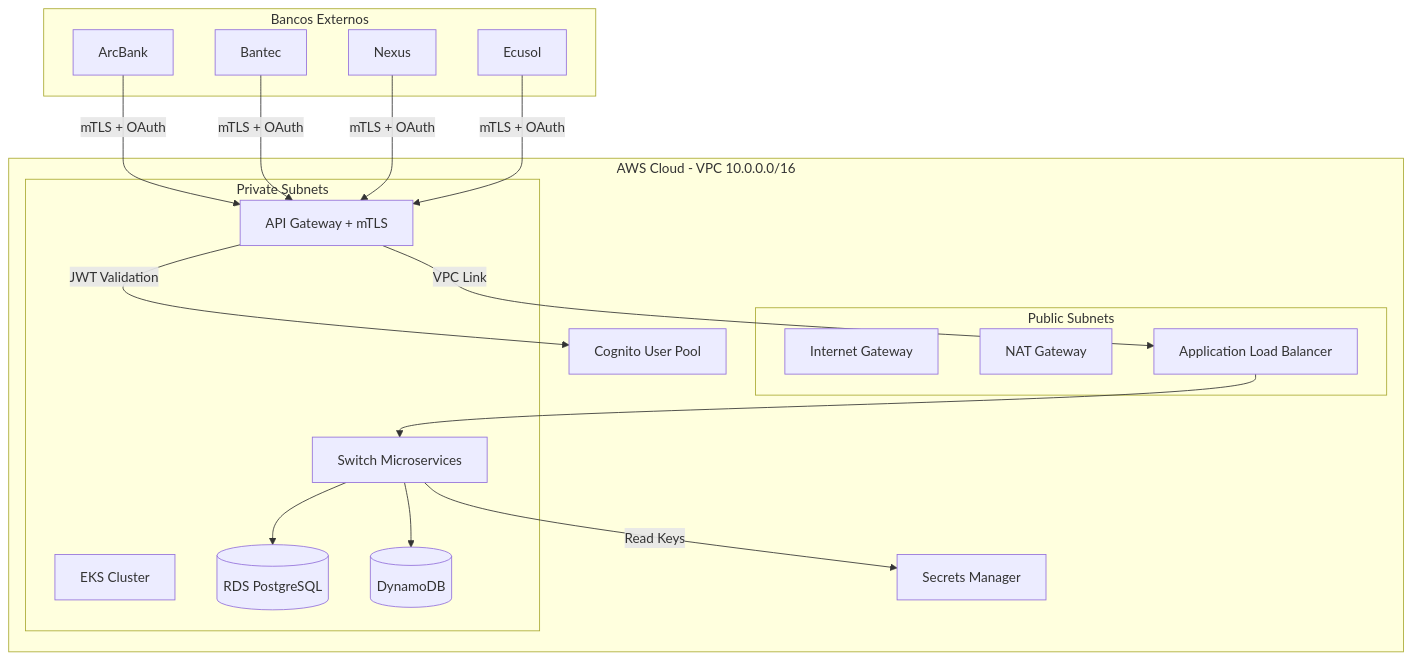
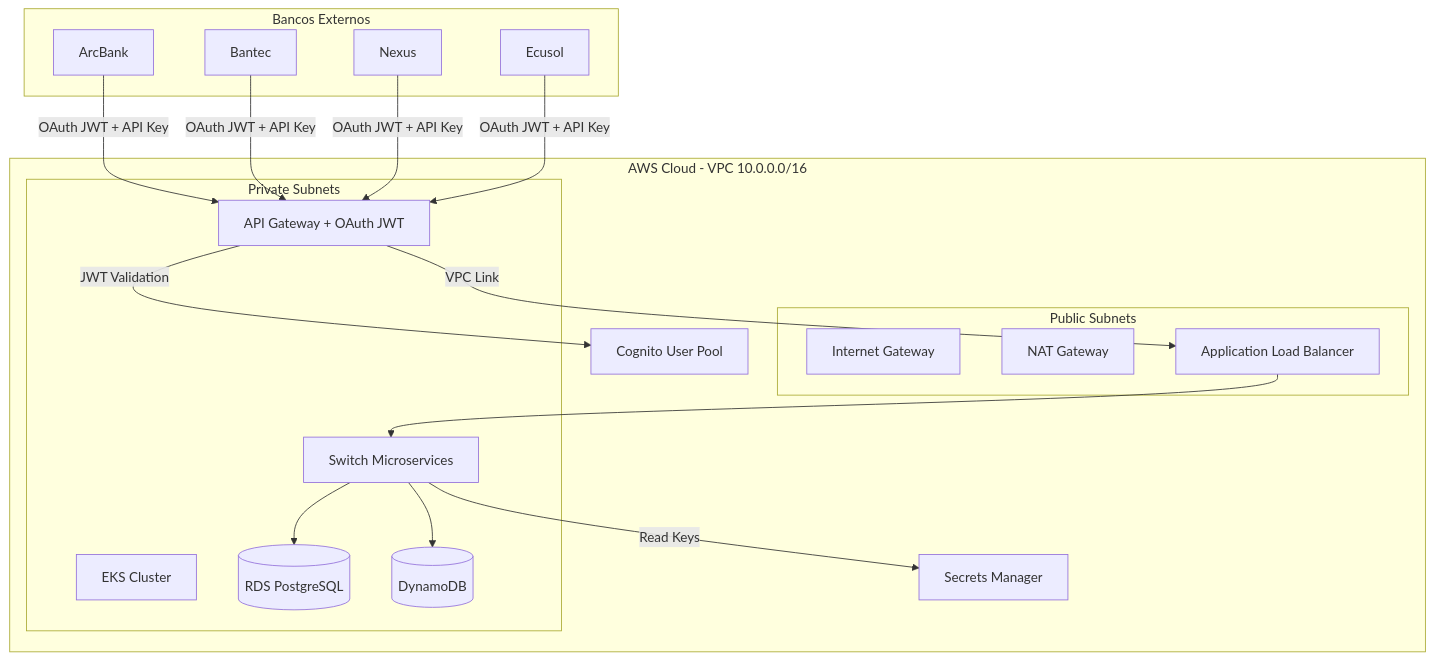
Before and after one commit to StephaniRiveraE/infra-bancaria-terraform: the first of 2 diagrams in README.md, drawn with Mermaid. The commit also changed other lines of this file and 6 other files, not shown here.

Commit message:
feat: Implement API Gateway security with OAuth JWT and API Keys, replacing mTLS and updating related documentation.

````diff
--- a/README.md
+++ b/README.md
@@ -48,40 +48,40 @@
 ```mermaid
 graph TB
     subgraph "Bancos Externos"
         B1[ArcBank]
         B2[Bantec]
         B3[Nexus]
         B4[Ecusol]
     end
     
     subgraph "AWS Cloud - VPC 10.0.0.0/16"
         subgraph "Public Subnets"
             IGW[Internet Gateway]
             NAT[NAT Gateway]
             ALB[Application Load Balancer]
         end
         
         subgraph "Private Subnets"
-            APIM[API Gateway + mTLS]
+            APIM[API Gateway + OAuth JWT]
             EKS[EKS Cluster]
             SWITCH[Switch Microservices]
             RDS[(RDS PostgreSQL)]
             DDB[(DynamoDB)]
         end
         
         COGNITO[Cognito User Pool]
         SECRETS[Secrets Manager]
     end
     
-    B1 -->|mTLS + OAuth| APIM
-    B2 -->|mTLS + OAuth| APIM
-    B3 -->|mTLS + OAuth| APIM
-    B4 -->|mTLS + OAuth| APIM
+    B1 -->|OAuth JWT + API Key| APIM
+    B2 -->|OAuth JWT + API Key| APIM
+    B3 -->|OAuth JWT + API Key| APIM
+    B4 -->|OAuth JWT + API Key| APIM
     
     APIM -->|JWT Validation| COGNITO
     APIM -->|VPC Link| ALB
     ALB --> SWITCH
     SWITCH --> RDS
     SWITCH --> DDB
     SWITCH -->|Read Keys| SECRETS
 ```
````
